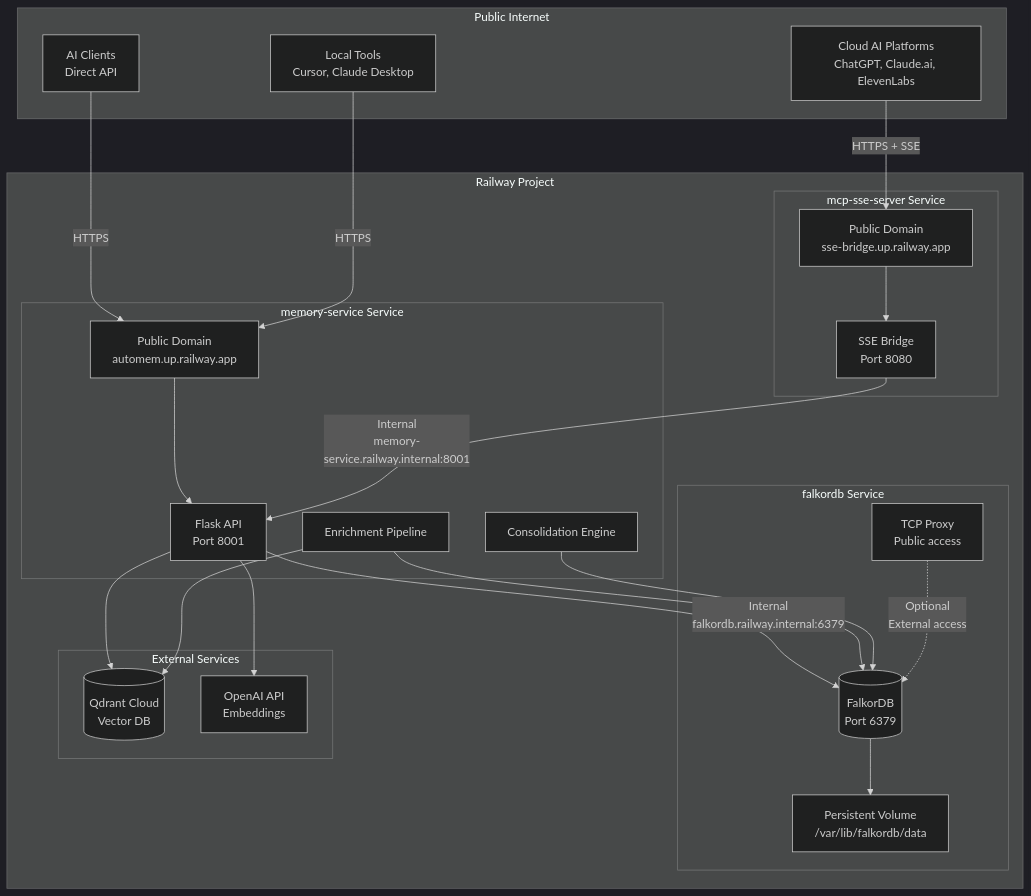
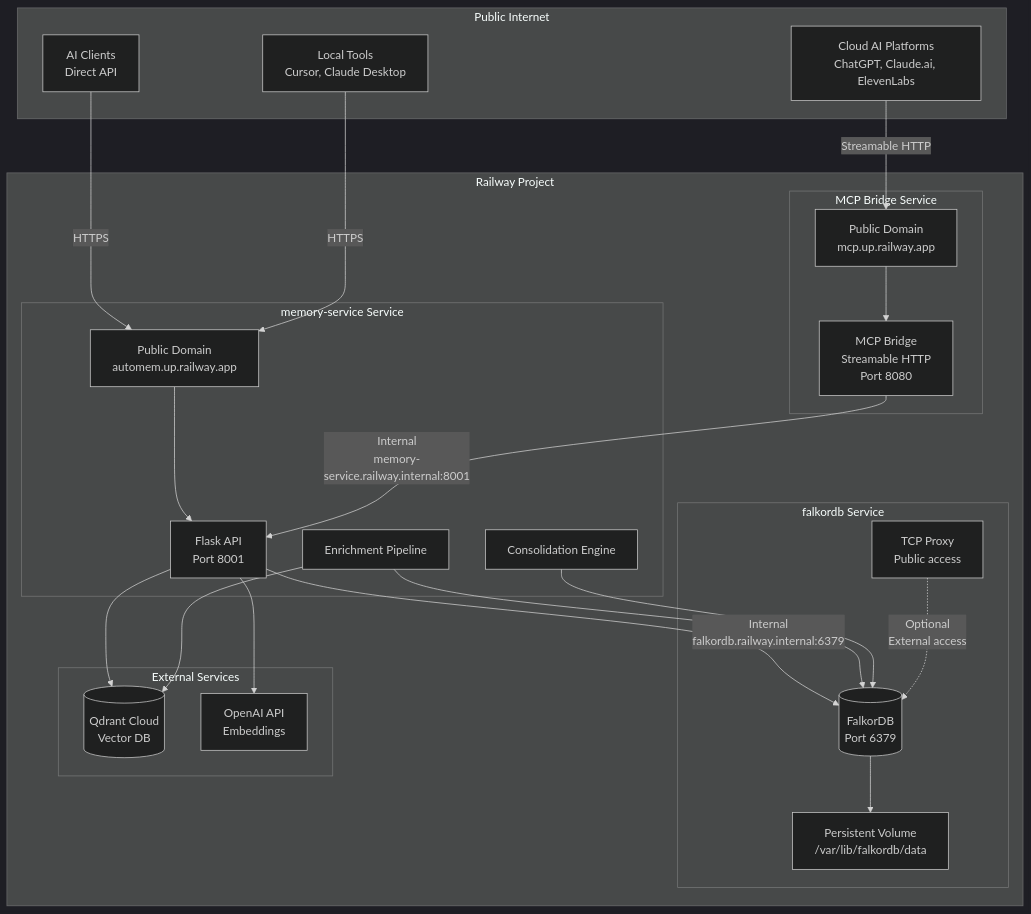
Before and after one commit to verygoodplugins/automem: the diagram in docs/RAILWAY_DEPLOYMENT.md, drawn with Mermaid (dark theme). The commit also changed other lines of this file and 2 other files, not shown here.

First line of the commit message:
docs: update diagrams for Streamable HTTP transport

````diff
--- a/docs/RAILWAY_DEPLOYMENT.md
+++ b/docs/RAILWAY_DEPLOYMENT.md
@@ -16,55 +16,55 @@
 ```mermaid
 flowchart TB
     subgraph internet [Public Internet]
         Users[AI Clients<br/>Direct API]
         CloudAI[Cloud AI Platforms<br/>ChatGPT, Claude.ai, ElevenLabs]
         Local[Local Tools<br/>Cursor, Claude Desktop]
     end
 
     subgraph railway [Railway Project]
-        subgraph sse [mcp-sse-server Service]
-            SSEBridge[SSE Bridge<br/>Port 8080]
-            SSEDomain[Public Domain<br/>sse-bridge.up.railway.app]
+        subgraph mcpbridge [MCP Bridge Service]
+            MCPServer[MCP Bridge<br/>Streamable HTTP<br/>Port 8080]
+            MCPDomain[Public Domain<br/>mcp.up.railway.app]
         end
 
         subgraph api [memory-service Service]
             FlaskAPI[Flask API<br/>Port 8001]
             APIDomain[Public Domain<br/>automem.up.railway.app]
 
             Enrichment[Enrichment Pipeline]
             Consolidation[Consolidation Engine]
         end
 
         subgraph db [falkordb Service]
             FalkorDB[(FalkorDB<br/>Port 6379)]
             Volume[Persistent Volume<br/>/var/lib/falkordb/data]
             TCPProxy[TCP Proxy<br/>Public access]
         end
 
         subgraph external [External Services]
             QdrantCloud[(Qdrant Cloud<br/>Vector DB)]
             OpenAI[OpenAI API<br/>Embeddings]
         end
     end
 
     Users -->|HTTPS| APIDomain
-    CloudAI -->|HTTPS + SSE| SSEDomain
+    CloudAI -->|Streamable HTTP| MCPDomain
     Local -->|HTTPS| APIDomain
 
-    SSEDomain --> SSEBridge
+    MCPDomain --> MCPServer
     APIDomain --> FlaskAPI
 
-    SSEBridge -->|Internal<br/>memory-service.railway.internal:8001| FlaskAPI
+    MCPServer -->|Internal<br/>memory-service.railway.internal:8001| FlaskAPI
 
     FlaskAPI -->|Internal<br/>falkordb.railway.internal:6379| FalkorDB
     FlaskAPI --> QdrantCloud
     FlaskAPI --> OpenAI
 
     Enrichment --> FalkorDB
     Enrichment --> QdrantCloud
     Consolidation --> FalkorDB
 
     FalkorDB --> Volume
 
     TCPProxy -.->|Optional<br/>External access| FalkorDB
 ```
````
